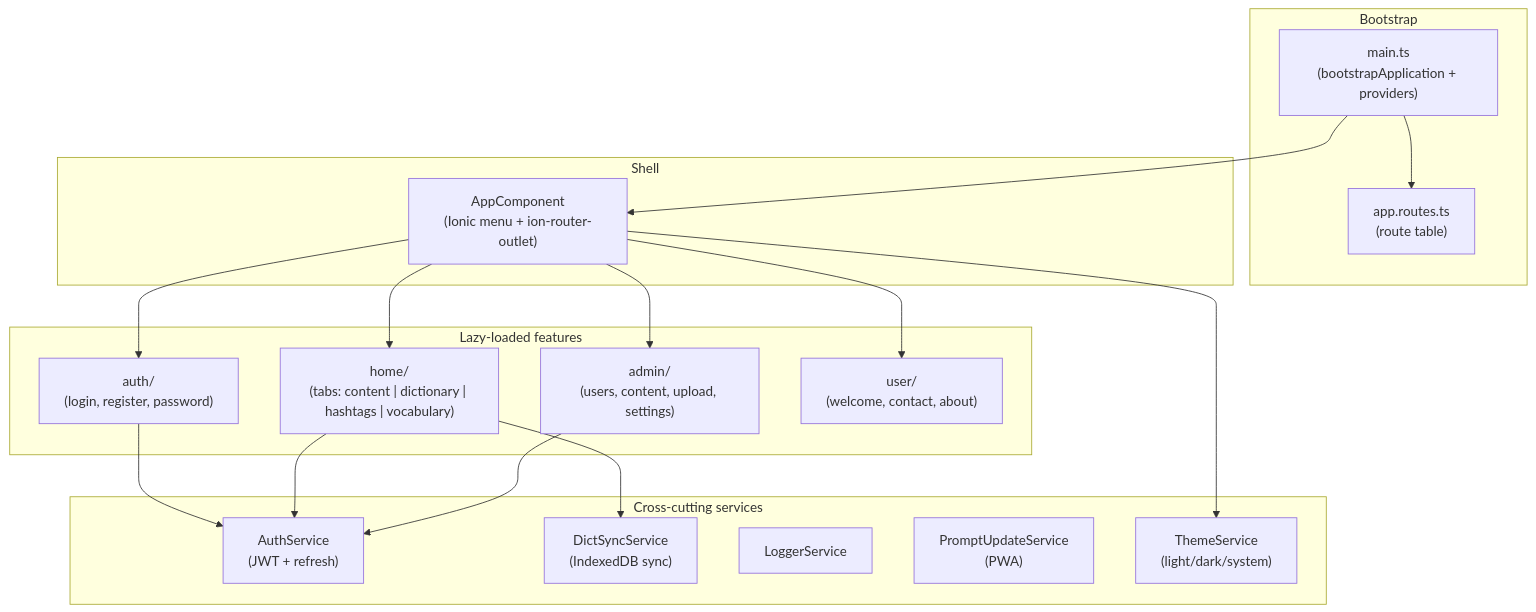
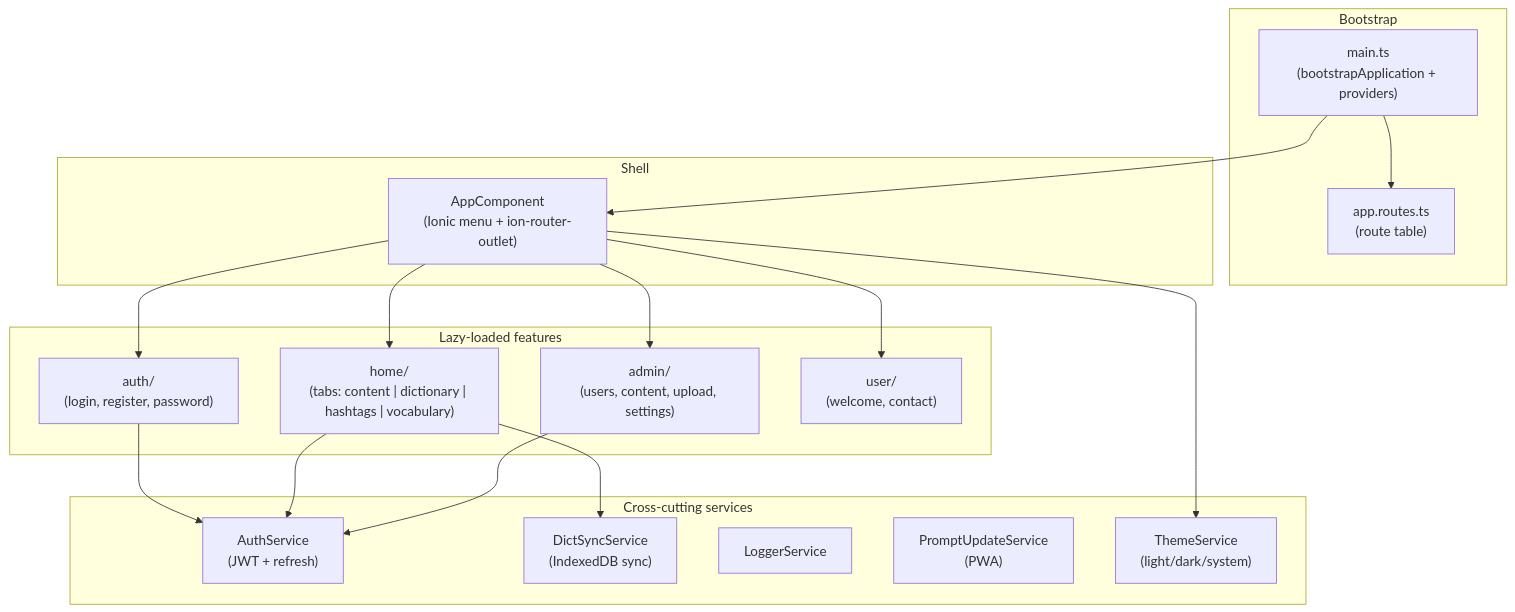
One commit to remarcmij/taalwiz-mono changed the first of 18 diagrams in apps/web/ARCHITECTURE.md. Above: the diagram before and after it, drawn with Mermaid. The commit also changed other lines of this file and 4 other files, not shown here.

````diff
--- a/apps/web/ARCHITECTURE.md
+++ b/apps/web/ARCHITECTURE.md
@@ -24,38 +24,38 @@
 ```mermaid
 graph TD
     subgraph Bootstrap
         main["main.ts\n(bootstrapApplication + providers)"]
         routes["app.routes.ts\n(route table)"]
     end
 
     subgraph Shell
         app["AppComponent\n(Ionic menu + ion-router-outlet)"]
     end
 
     subgraph Features ["Lazy-loaded features"]
         auth["auth/\n(login, register, password)"]
         home["home/\n(tabs: content | dictionary | hashtags | vocabulary)"]
         admin["admin/\n(users, content, upload, settings)"]
-        user["user/\n(welcome, contact, about)"]
+        user["user/\n(welcome, contact)"]
     end
 
     subgraph CrossCutting ["Cross-cutting services"]
         authSvc["AuthService\n(JWT + refresh)"]
         dictSync["DictSyncService\n(IndexedDB sync)"]
         logger["LoggerService"]
         swUpdate["PromptUpdateService\n(PWA)"]
         theme["ThemeService\n(light/dark/system)"]
     end
 
     main --> routes
     main --> app
     app --> auth
     app --> home
     app --> admin
     app --> user
     auth --> authSvc
     home --> authSvc
     home --> dictSync
     admin --> authSvc
     app --> theme
 ```
````
